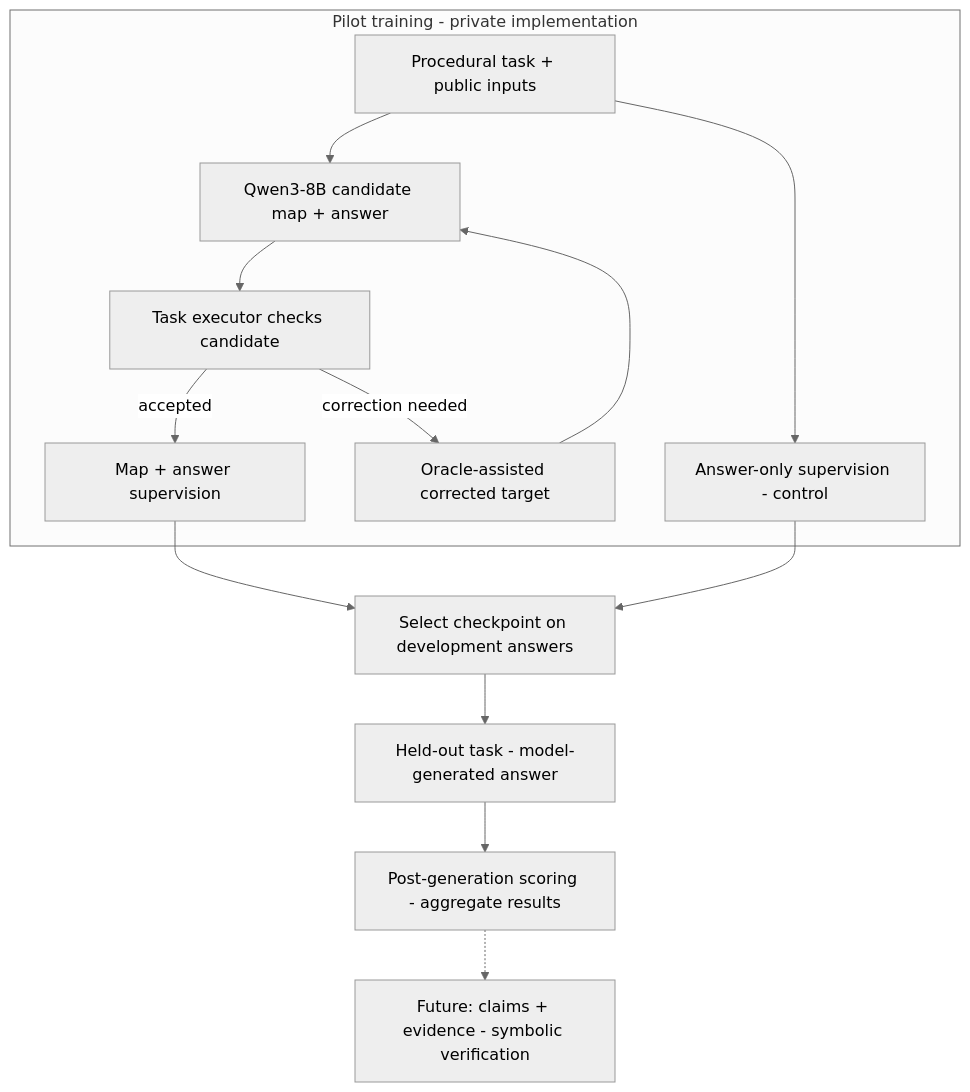
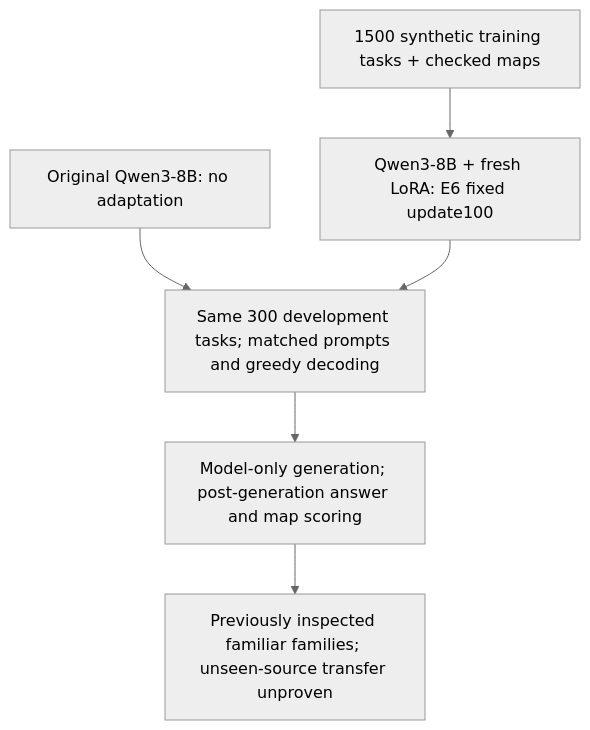
Before and after one commit to Ian-Tseng/claims-verifier: the diagram in architecture.mmd, drawn with Mermaid (neutral theme). The commit also changed 26 other files, not shown here.

```diff
--- a/architecture.mmd
+++ b/architecture.mmd
@@ -1,14 +1,6 @@
 flowchart TB
-  subgraph TRAIN["Pilot training - private implementation"]
-    T["Procedural task + public inputs"] --> M["Qwen3-8B candidate map + answer"]
-    M --> V["Task executor checks candidate"]
-    V -->|"accepted"| S["Map + answer supervision"]
-    V -->|"correction needed"| O["Oracle-assisted corrected target"]
-    O --> M
-    T --> A["Answer-only supervision - control"]
-  end
-  S --> C["Select checkpoint on development answers"]
-  A --> C
-  C --> E["Held-out task - model-generated answer"]
-  E --> R["Post-generation scoring - aggregate results"]
-  R -.-> F["Future: claims + evidence - symbolic verification"]
+  T["1500 synthetic training tasks + checked maps"] --> E["Qwen3-8B + fresh LoRA: E6 fixed update100"]
+  O["Original Qwen3-8B: no adaptation"] --> V["Same 300 development tasks; matched prompts and greedy decoding"]
+  E --> V
+  V --> S["Model-only generation; post-generation answer and map scoring"]
+  S --> B["Previously inspected familiar families; unseen-source transfer unproven"]
```
